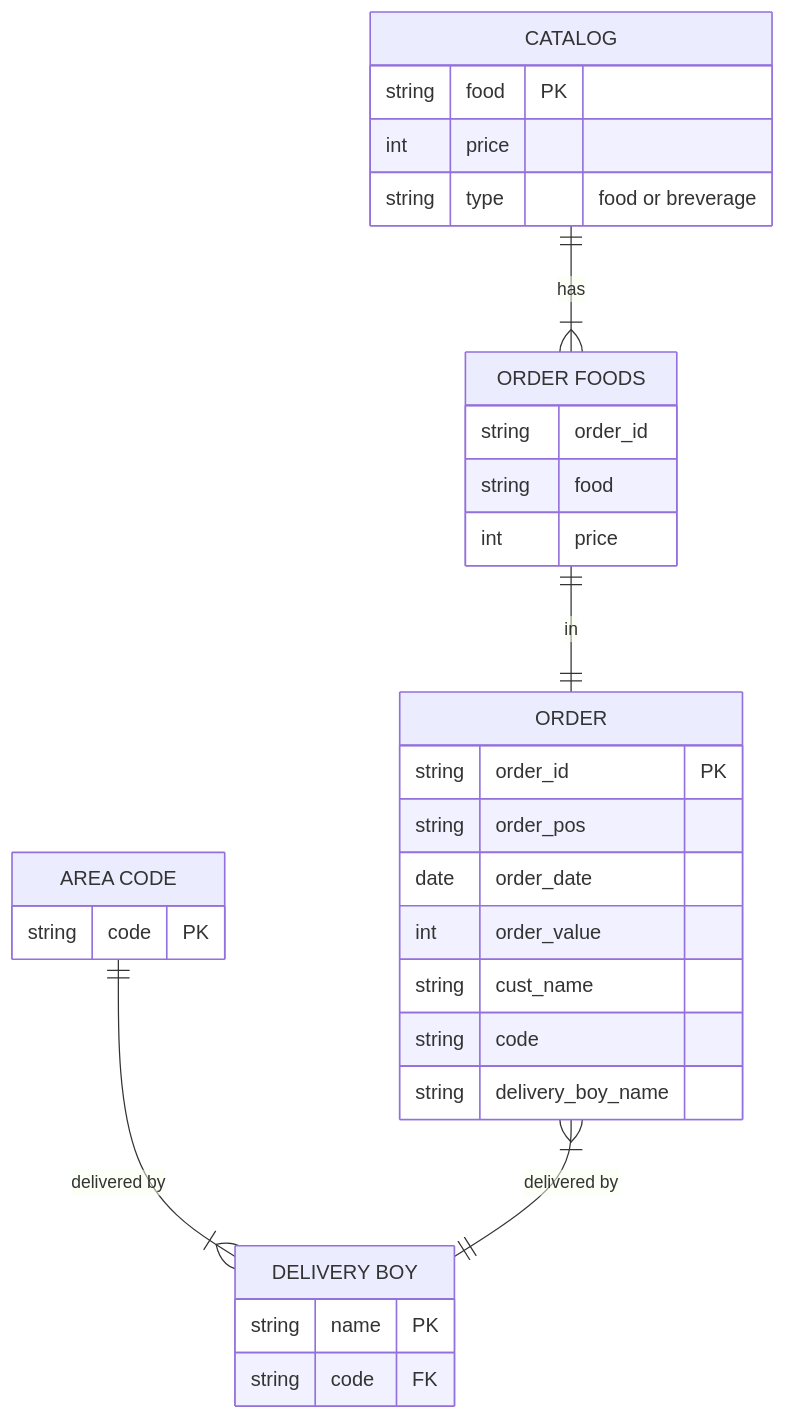
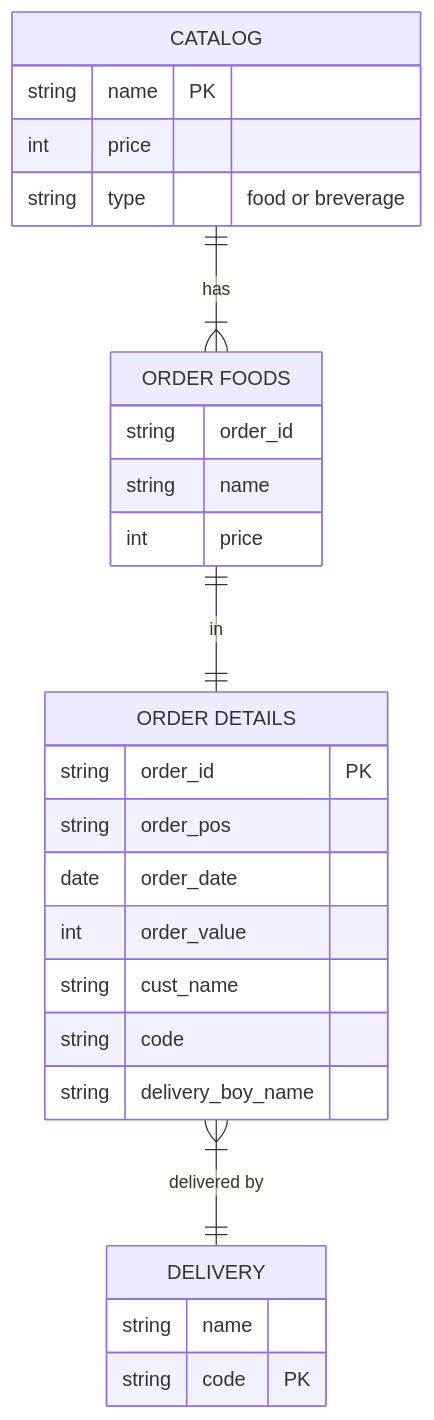
Before and after one commit to ShambaC/CU-MSC-DBMS-SEM2: the diagram in restaurant/README.md, drawn with Mermaid. The commit also changed 13 other files, not shown here.

````diff
--- a/restaurant/README.md
+++ b/restaurant/README.md
@@ -8,33 +8,29 @@
 ```mermaid
 erDiagram
     CATALOG {
-        string food PK
+        string name PK
         int price
         string type "food or breverage"
     }
-    ORDER {
+    "ORDER DETAILS" {
         string order_id PK
         string order_pos
         date order_date
         int order_value
         string cust_name
         string code
         string delivery_boy_name
     }
     "ORDER FOODS" {
         string order_id
-        string food
+        string name
         int price
     }
-    "AREA CODE" {
+    "DELIVERY" {
+        string name
         string code PK
     }
-    "DELIVERY BOY" {
-        string name PK
-        string code FK
-    }
-    "AREA CODE" ||--|{ "DELIVERY BOY" : "delivered by"
-    ORDER }|--|| "DELIVERY BOY" : "delivered by"
-    "ORDER FOODS" ||--|| ORDER : in
+    "ORDER DETAILS" }|--|| "DELIVERY" : "delivered by"
+    "ORDER FOODS" ||--|| "ORDER DETAILS" : in
     CATALOG ||--|{ "ORDER FOODS" : has
 ```
````
